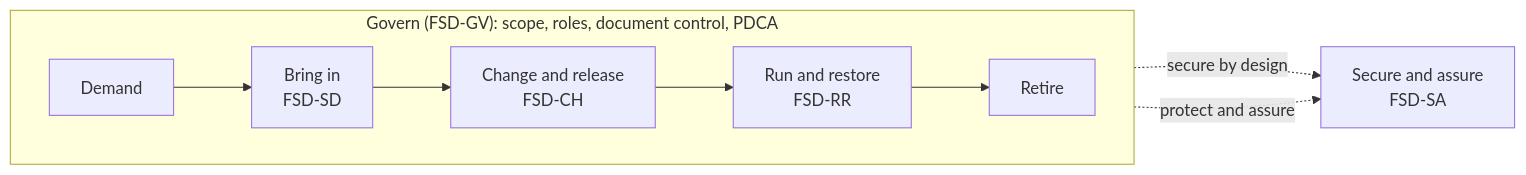
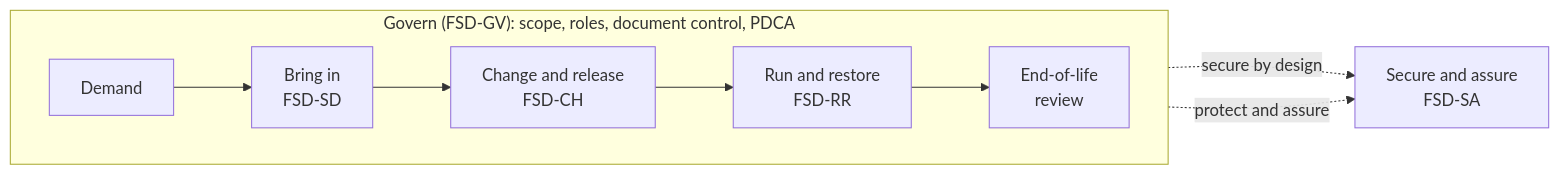
One commit to tfindley/keystone changed the first of 2 diagrams in FitSD — Framework Charter.md. Above: the diagram before and after it, drawn with Mermaid. The commit also changed other lines of this file and 21 other files, not shown here.

````diff
--- a/FitSD — Framework Charter.md
+++ b/FitSD — Framework Charter.md
@@ -70,12 +72,12 @@
 ```mermaid
 flowchart LR
     subgraph GV["Govern (FSD-GV): scope, roles, document control, PDCA"]
       direction LR
       D["Demand"] --> SD["Bring in<br/>FSD-SD"]
       SD --> CH["Change and release<br/>FSD-CH"]
       CH --> RR["Run and restore<br/>FSD-RR"]
-      RR --> Ret["Retire"]
+      RR --> Ret["End-of-life<br/>review"]
     end
     SD -.->|secure by design| SA["Secure and assure<br/>FSD-SA"]
     RR -.->|protect and assure| SA
 ```
````
